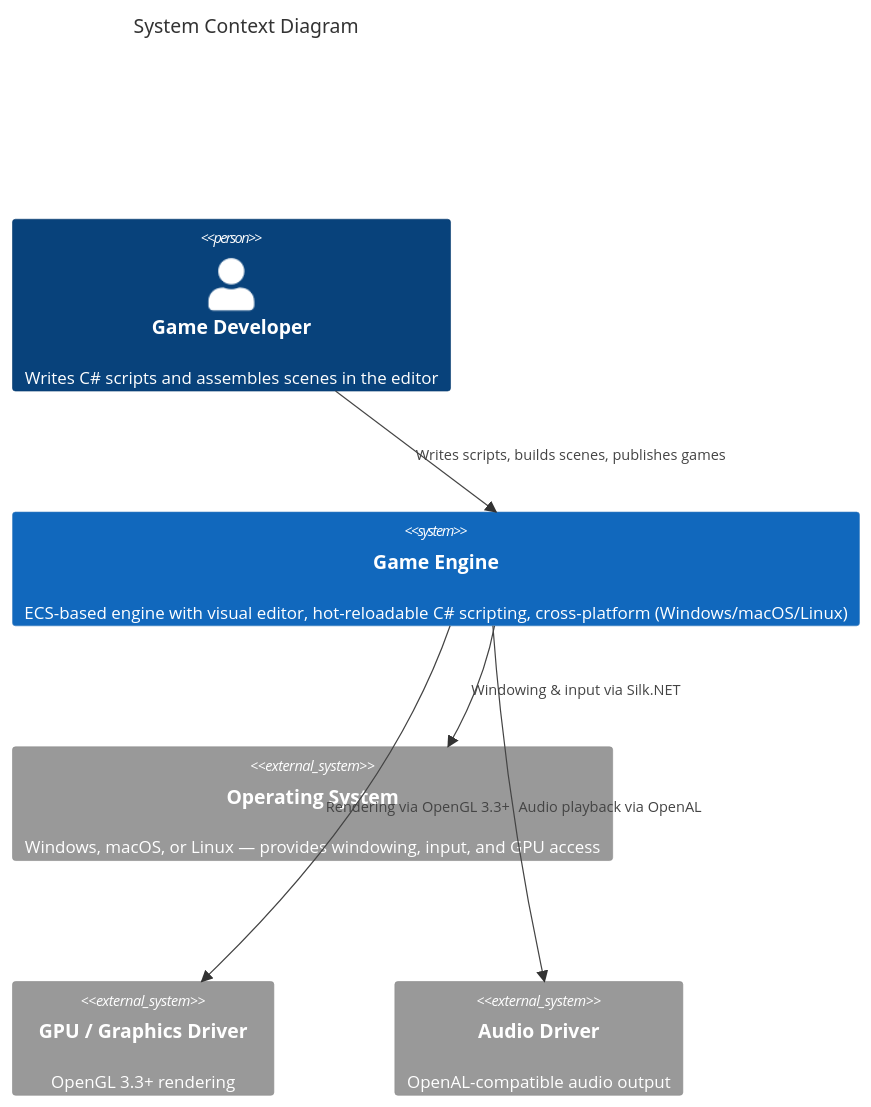
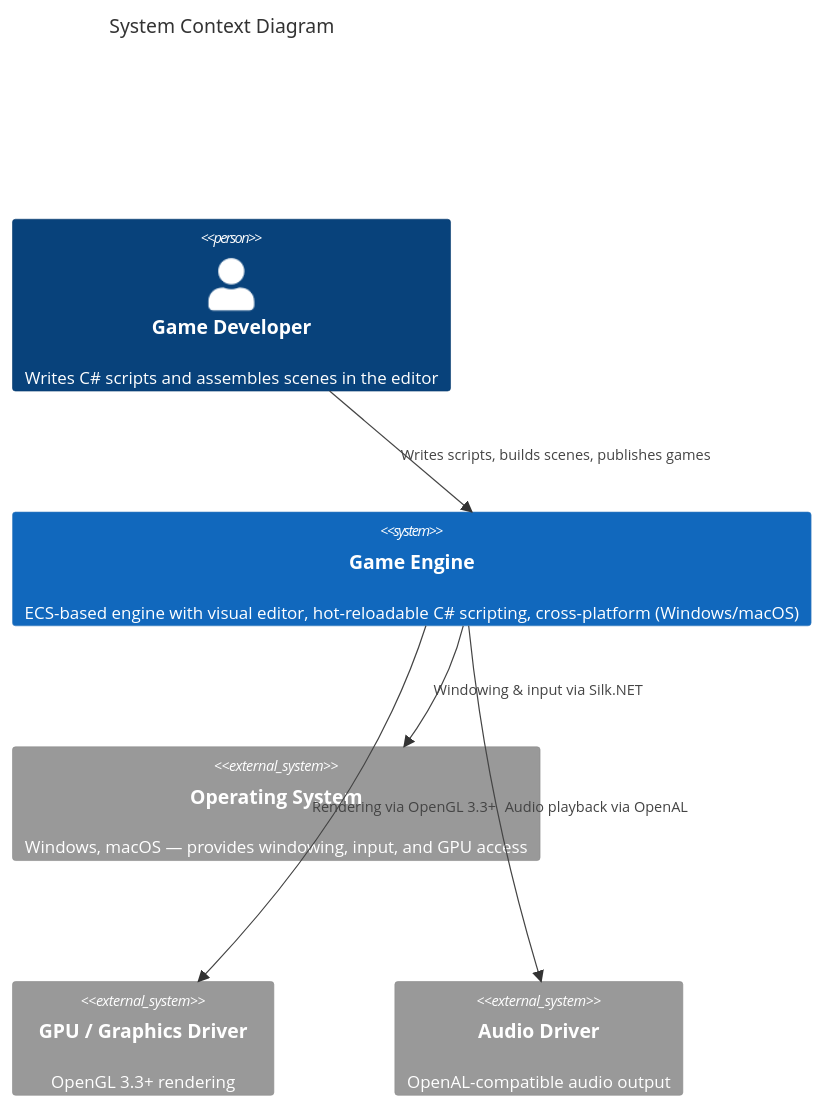
The first of 2 diagrams in docs/architecture/README.md (kateusz/GameEngine), drawn with Mermaid before and after one commit. The commit also changed 12 other files, not shown here.

Commit message:
Edit Script in external editor, drop linux support (#428)

````diff
--- a/docs/architecture/README.md
+++ b/docs/architecture/README.md
@@ -13,17 +13,17 @@
 ```mermaid
 C4Context
     title System Context Diagram
 
     Person(dev, "Game Developer", "Writes C# scripts and assembles scenes in the editor")
 
-    System(engine, "Game Engine", "ECS-based engine with visual editor, hot-reloadable C# scripting, cross-platform (Windows/macOS/Linux)")
+    System(engine, "Game Engine", "ECS-based engine with visual editor, hot-reloadable C# scripting, cross-platform (Windows/macOS)")
 
-    System_Ext(os, "Operating System", "Windows, macOS, or Linux — provides windowing, input, and GPU access")
+    System_Ext(os, "Operating System", "Windows, macOS — provides windowing, input, and GPU access")
     System_Ext(gpu, "GPU / Graphics Driver", "OpenGL 3.3+ rendering")
     System_Ext(audio, "Audio Driver", "OpenAL-compatible audio output")
 
     Rel(dev, engine, "Writes scripts, builds scenes, publishes games")
     Rel(engine, os, "Windowing & input via Silk.NET")
     Rel(engine, gpu, "Rendering via OpenGL 3.3+")
     Rel(engine, audio, "Audio playback via OpenAL")
 ```
````
